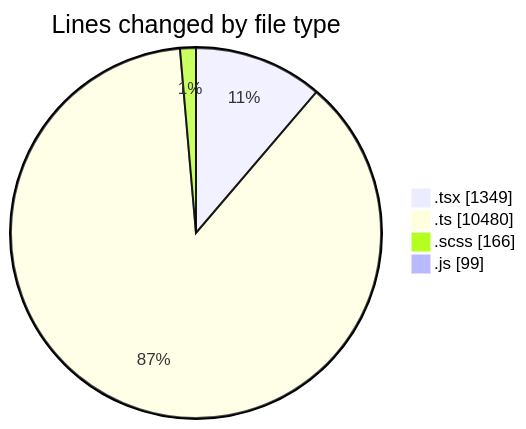
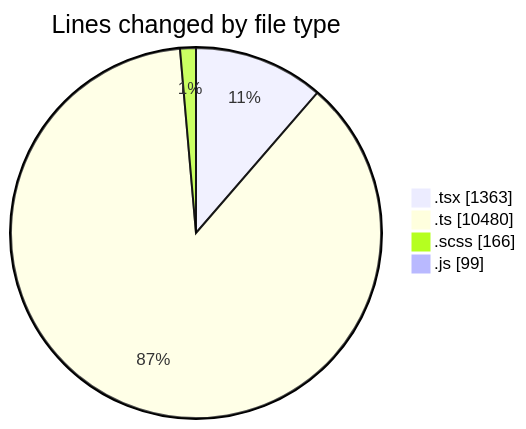
One commit to momahboobian/code-tracking changed the first of 2 diagrams in 2025-03-26/cda/README.md. Above: the diagram before and after it, drawn with Mermaid. The commit also changed other lines of this file and 1 other file, not shown here.

````diff
--- a/2025-03-26/cda/README.md
+++ b/2025-03-26/cda/README.md
@@ -43,8 +43,8 @@
 ```mermaid
 pie showData
 title Lines changed by file type
-".tsx" : 1349
+".tsx" : 1363
 ".ts" : 10480
 ".scss" : 166
 ".js" : 99
 ```
````
